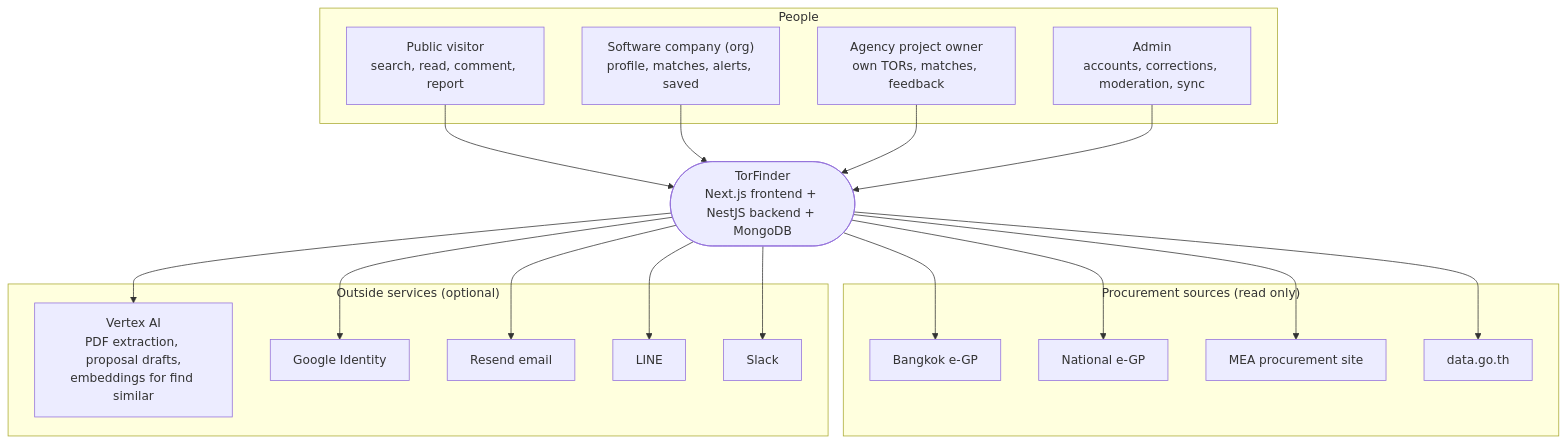
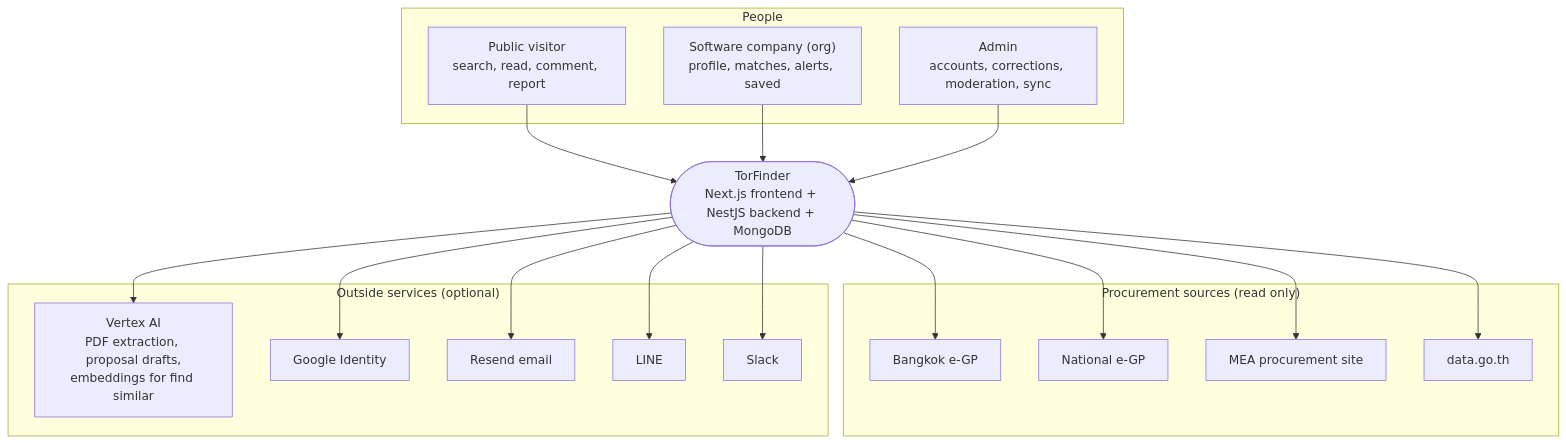
One commit to PhomMaiWai/TorFinder changed the first of 2 diagrams in docs/architecture.md. Above: the diagram before and after it, drawn with Mermaid. The commit also changed other lines of this file and 81 other files, not shown here.

First line of the commit message:
refactor: remove the project owner role

````diff
--- a/docs/architecture.md
+++ b/docs/architecture.md
@@ -27,31 +27,30 @@
 ```mermaid
 flowchart TB
     subgraph People
         Public["Public visitor<br/>search, read, comment, report"]
         Org["Software company (org)<br/>profile, matches, alerts, saved"]
-        Owner["Agency project owner<br/>own TORs, matches, feedback"]
         Admin["Admin<br/>accounts, corrections, moderation, sync"]
     end
 
     TF(["TorFinder<br/>Next.js frontend + NestJS backend + MongoDB"])
 
     subgraph Sources["Procurement sources (read only)"]
         EGP["Bangkok e-GP"]
         GPROC["National e-GP"]
         MEA["MEA procurement site"]
         DATAGOV["data.go.th"]
     end
 
     subgraph Services["Outside services (optional)"]
         Vertex["Vertex AI<br/>PDF extraction, proposal drafts,<br/>embeddings for find similar"]
         Google["Google Identity"]
         Resend["Resend email"]
         Line["LINE"]
         Slack["Slack"]
     end
 
-    Public & Org & Owner & Admin --> TF
+    Public & Org & Admin --> TF
     TF --> EGP & GPROC & MEA & DATAGOV
     TF --> Vertex & Google
     TF --> Resend & Line & Slack
 ```
````
